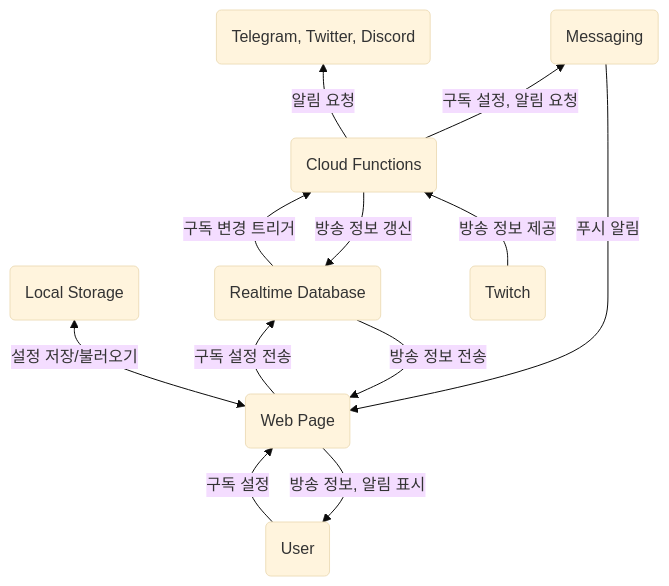
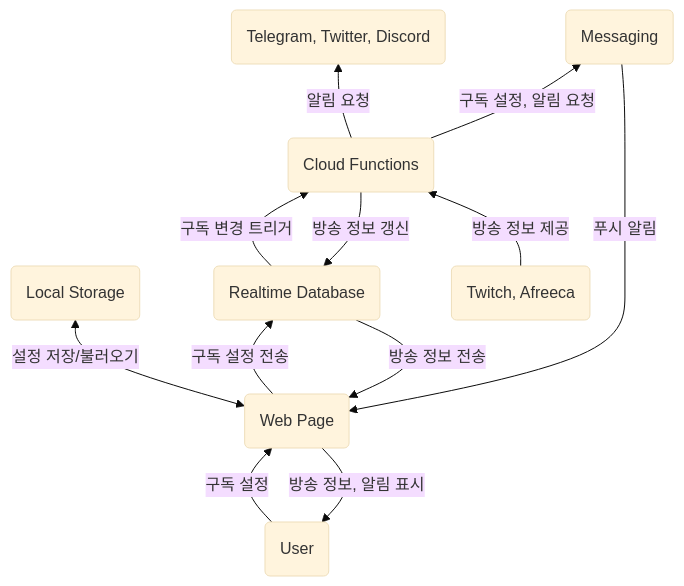
Before and after one commit to NeuroWhAI/isekaidol-stream-noti: the diagram in README.md, drawn with Mermaid (base theme). The commit also changed other lines of this file, not shown here.

````diff
--- a/README.md
+++ b/README.md
@@ -57,19 +57,19 @@
 ```mermaid
 flowchart BT
     U(User) -- 구독 설정 --> P(Web Page)
     P -- 방송 정보, 알림 표시 --> U
     
     P <-- 설정 저장/불러오기 --> S(Local Storage)
     
     P -- 구독 설정 전송 --> DB(Realtime Database)
     DB -- 방송 정보 전송 --> P
 
     DB -- 구독 변경 트리거 --> FN(Cloud Functions)
     FN -- 방송 정보 갱신 --> DB
 
     FN -- 알림 요청 --> END(Telegram, Twitter, Discord)
     FN -- 구독 설정, 알림 요청 --> M(Messaging)
-    TW(Twitch) -- 방송 정보 제공 --> FN
+    BP(Twitch, Afreeca) -- 방송 정보 제공 --> FN
 
     M -- 푸시 알림 --> P
 ```
````
